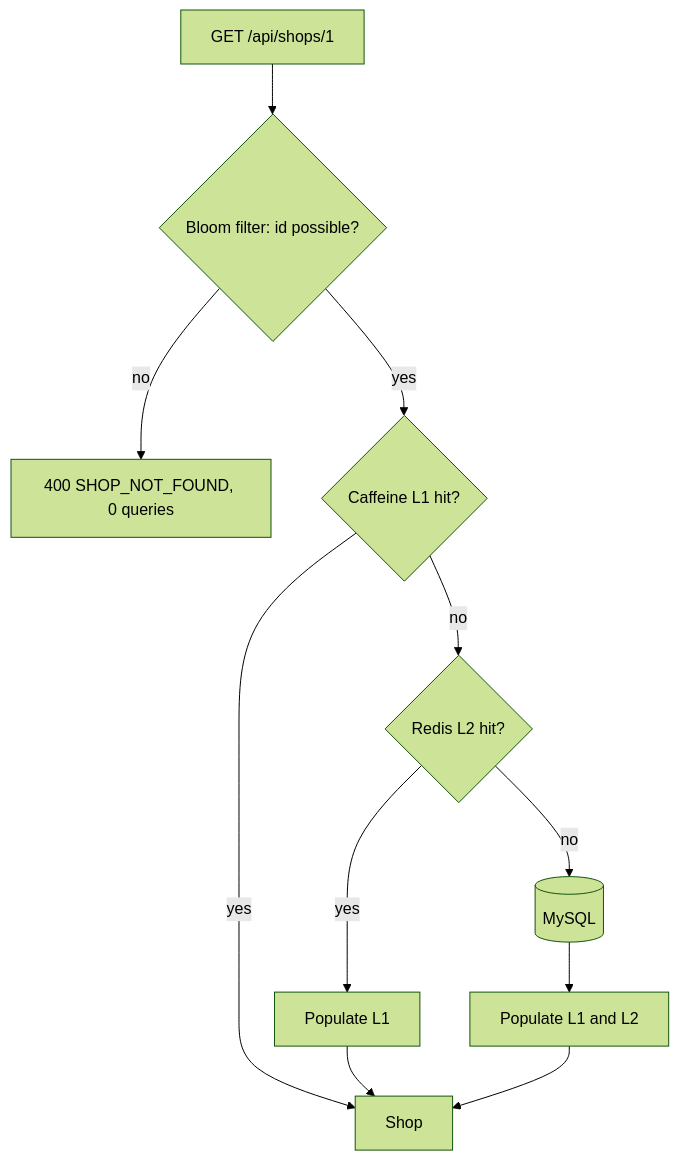
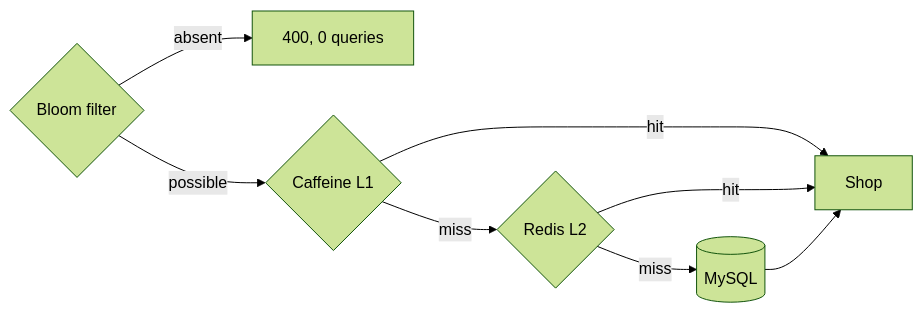
One commit to YuemengZheng/marthub-ecommerce-backend changed the first of 2 diagrams in README.md. Above: the diagram before and after it, drawn with Mermaid (forest theme). The commit also changed other lines of this file, not shown here.

Commit message:
README: fit the diagrams inside GitHub's mermaid viewport
The first version rendered badly on GitHub: the top-down read path was clipped
vertically and the invalidation flow was scaled down until the labels were
unreadable. Fewer nodes and shorter labels.

````diff
--- a/README.md
+++ b/README.md
@@ -13,13 +13,10 @@
 ```mermaid
-flowchart TD
-    R["GET /api/shops/1"] --> B{"Bloom filter: id possible?"}
-    B -- "no" --> X["400 SHOP_NOT_FOUND, 0 queries"]
-    B -- "yes" --> L1{"Caffeine L1 hit?"}
-    L1 -- "yes" --> OK["Shop"]
-    L1 -- "no" --> L2{"Redis L2 hit?"}
-    L2 -- "yes" --> F1["Populate L1"]
-    F1 --> OK
-    L2 -- "no" --> DB[("MySQL")]
-    DB --> F2["Populate L1 and L2"]
-    F2 --> OK
+flowchart LR
+    B{"Bloom filter"} -- "absent" --> X["400, 0 queries"]
+    B -- "possible" --> L1{"Caffeine L1"}
+    L1 -- "hit" --> OK["Shop"]
+    L1 -- "miss" --> L2{"Redis L2"}
+    L2 -- "hit" --> OK
+    L2 -- "miss" --> DB[("MySQL")]
+    DB --> OK
 ```
````
